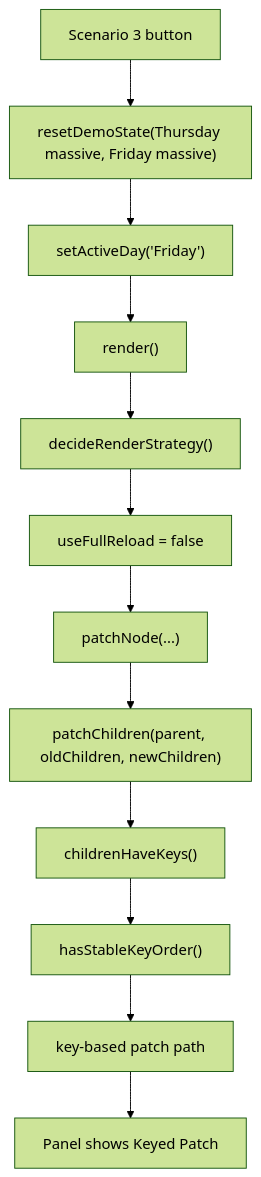
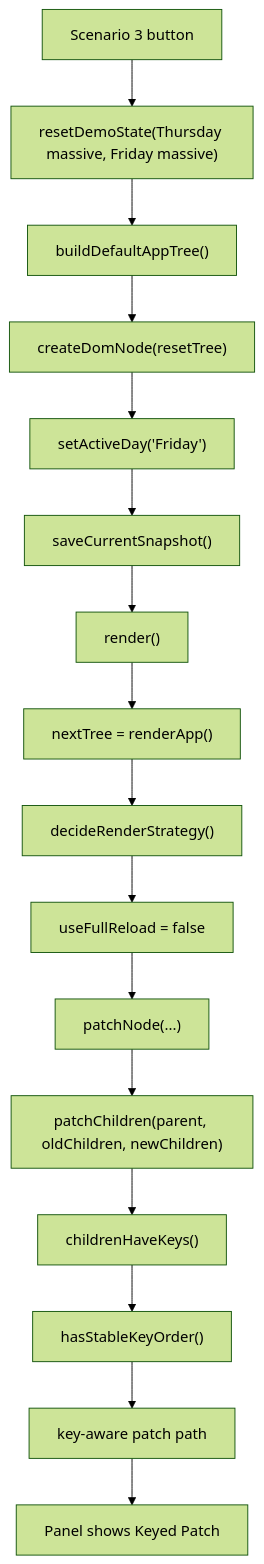
Before and after one commit to ndh5178/4week_codex: the third of 3 diagrams in README.md, drawn with Mermaid (forest theme). The commit also changed other lines of this file, not shown here.

Commit message:
docs: refine whitebox scenario flow

````diff
--- a/README.md
+++ b/README.md
@@ -461,14 +468,18 @@
 ```mermaid
 flowchart TD
     A["Scenario 3 button"] --> B["resetDemoState(Thursday massive, Friday massive)"]
-    B --> C["setActiveDay('Friday')"]
-    C --> D["render()"]
-    D --> E["decideRenderStrategy()"]
-    E --> F["useFullReload = false"]
-    F --> G["patchNode(...)"]
-    G --> H["patchChildren(parent, oldChildren, newChildren)"]
-    H --> I["childrenHaveKeys()"]
-    I --> J["hasStableKeyOrder()"]
-    J --> K["key-based patch path"]
-    K --> L["Panel shows Keyed Patch"]
+    B --> C["buildDefaultAppTree()"]
+    C --> D["createDomNode(resetTree)"]
+    D --> E["setActiveDay('Friday')"]
+    E --> F["saveCurrentSnapshot()"]
+    F --> G["render()"]
+    G --> H["nextTree = renderApp()"]
+    H --> I["decideRenderStrategy()"]
+    I --> J["useFullReload = false"]
+    J --> K["patchNode(...)"]
+    K --> L["patchChildren(parent, oldChildren, newChildren)"]
+    L --> M["childrenHaveKeys()"]
+    M --> N["hasStableKeyOrder()"]
+    N --> O["key-aware patch path"]
+    O --> P["Panel shows Keyed Patch"]
 ```
````
